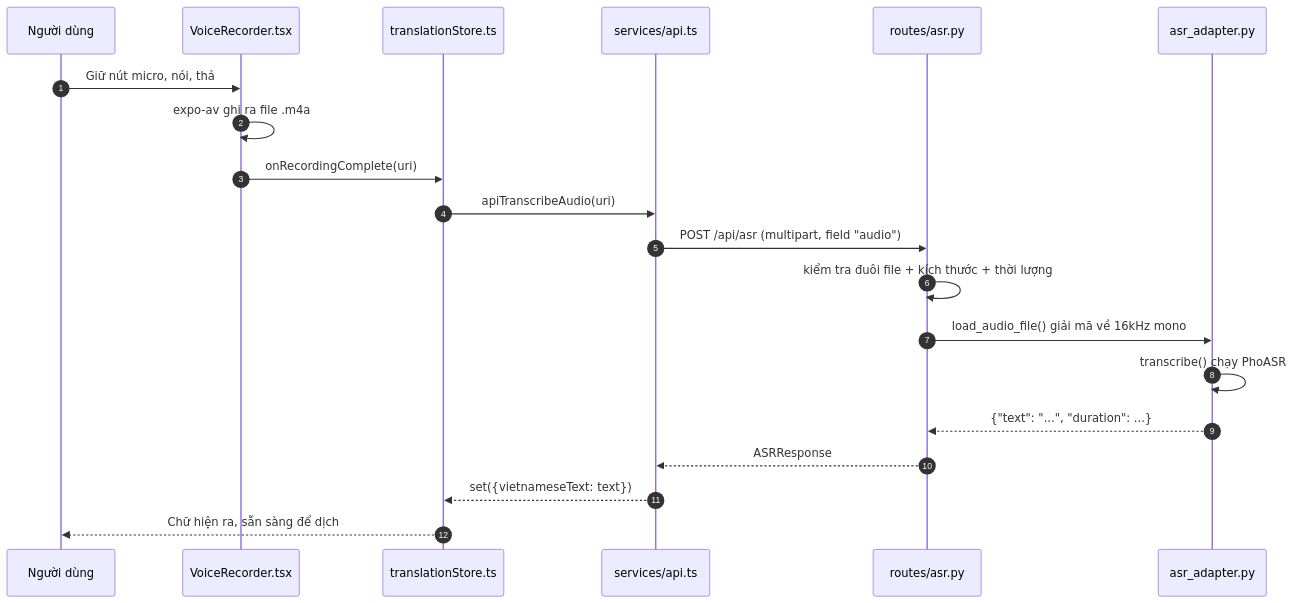
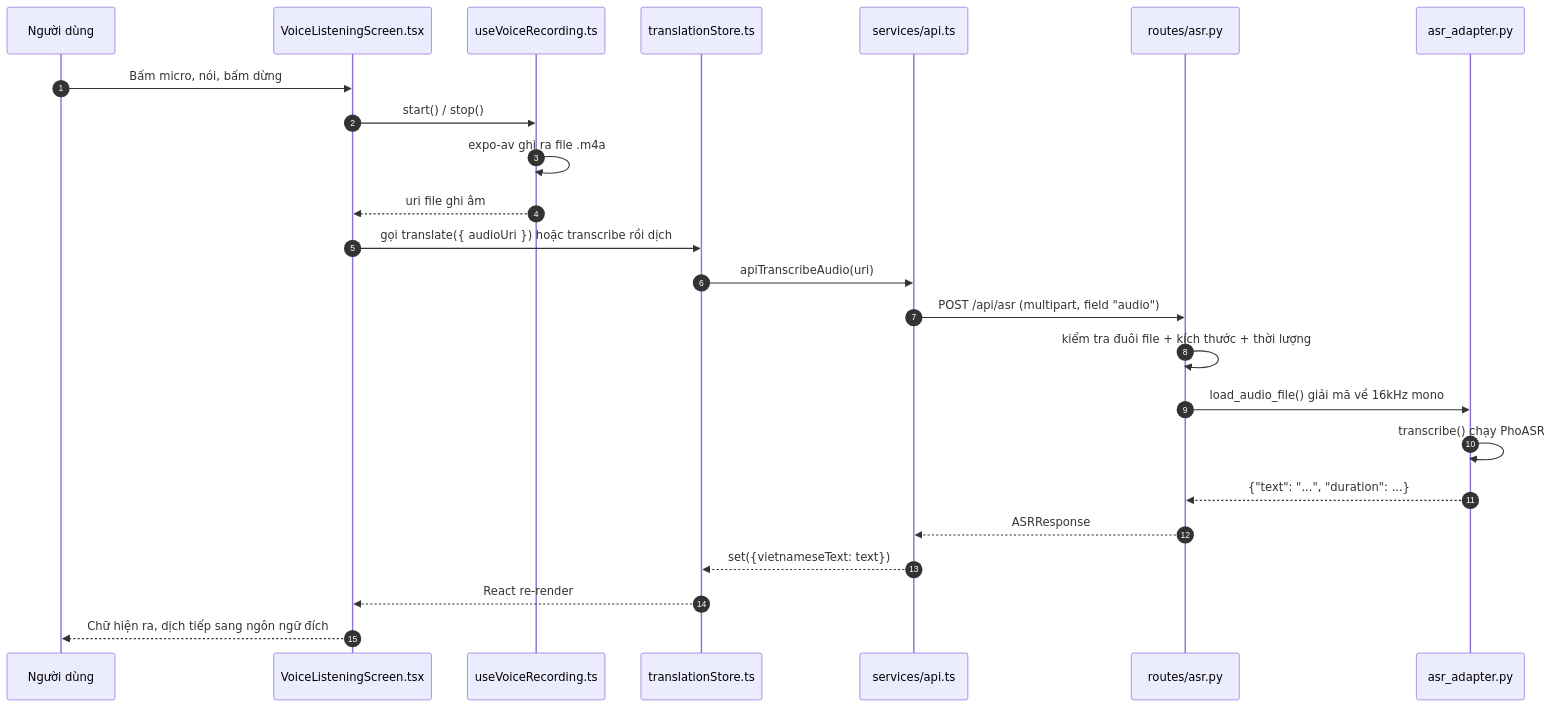
One commit to csc10014-team07/Translation-App changed the sixth of 13 diagrams in giai_thich.md. Above: the diagram before and after it, drawn with Mermaid. The commit also changed other lines of this file and 1 other file, not shown here.

````diff
--- a/giai_thich.md
+++ b/giai_thich.md
@@ -263,23 +359,27 @@
 ```mermaid
 sequenceDiagram
     autonumber
     participant U as Người dùng
-    participant V as VoiceRecorder.tsx
+    participant S as VoiceListeningScreen.tsx
+    participant V as useVoiceRecording.ts
     participant Z as translationStore.ts
     participant A as services/api.ts
     participant R as routes/asr.py
     participant P as asr_adapter.py
 
-    U->>V: Giữ nút micro, nói, thả
+    U->>S: Bấm micro, nói, bấm dừng
+    S->>V: start() / stop()
     V->>V: expo-av ghi ra file .m4a
-    V->>Z: onRecordingComplete(uri)
+    V-->>S: uri file ghi âm
+    S->>Z: gọi translate({ audioUri }) hoặc transcribe rồi dịch
     Z->>A: apiTranscribeAudio(uri)
     A->>R: POST /api/asr (multipart, field "audio")
     R->>R: kiểm tra đuôi file + kích thước + thời lượng
     R->>P: load_audio_file() giải mã về 16kHz mono
     P->>P: transcribe() chạy PhoASR
     P-->>R: {"text": "...", "duration": ...}
     R-->>A: ASRResponse
     A-->>Z: set({vietnameseText: text})
-    Z-->>U: Chữ hiện ra, sẵn sàng để dịch
+    Z-->>S: React re-render
+    S-->>U: Chữ hiện ra, dịch tiếp sang ngôn ngữ đích
 ```
````
